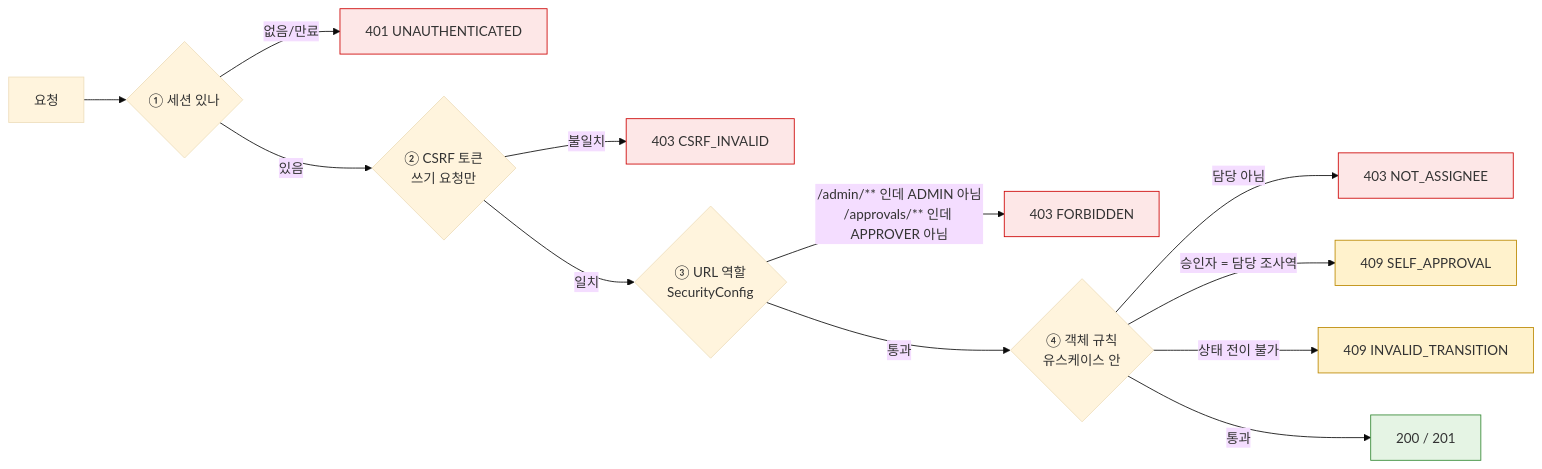
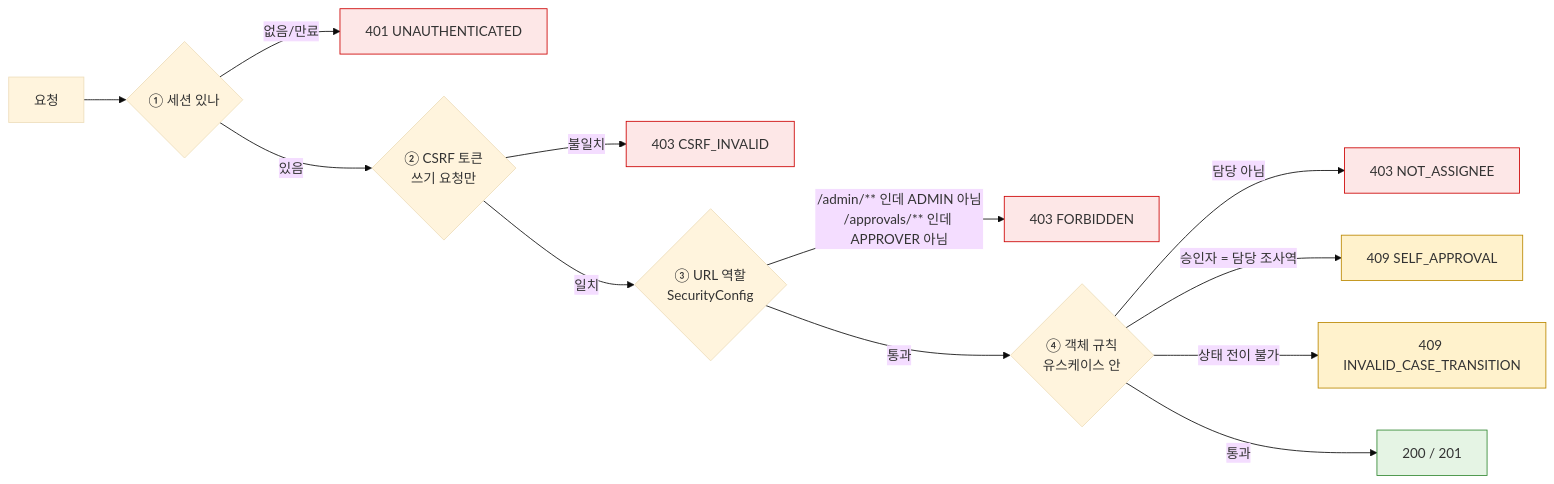
One commit to dajaba-team/dajaba-backend changed the second of 3 diagrams in docs/flows/05_login_auth.md. Above: the diagram before and after it, drawn with Mermaid (base theme). The commit also changed 4 other files, not shown here.

````diff
--- a/docs/flows/05_login_auth.md
+++ b/docs/flows/05_login_auth.md
@@ -53,22 +53,22 @@
 ```mermaid
 flowchart LR
     R[요청] --> A{① 세션 있나}
     A -- 없음/만료 --> E401[401 UNAUTHENTICATED]
     A -- 있음 --> B{② CSRF 토큰<br/>쓰기 요청만}
     B -- 불일치 --> E403c[403 CSRF_INVALID]
     B -- 일치 --> C{③ URL 역할<br/>SecurityConfig}
     C -- "/admin/** 인데 ADMIN 아님<br/>/approvals/** 인데 APPROVER 아님" --> E403[403 FORBIDDEN]
     C -- 통과 --> D{④ 객체 규칙<br/>유스케이스 안}
     D -- "담당 아님" --> E403a[403 NOT_ASSIGNEE]
     D -- "승인자 = 담당 조사역" --> E409s[409 SELF_APPROVAL]
-    D -- "상태 전이 불가" --> E409[409 INVALID_TRANSITION]
+    D -- "상태 전이 불가" --> E409[409 INVALID_CASE_TRANSITION]
     D -- 통과 --> OK[200 / 201]
 
     style E401 fill:#fde7e7,stroke:#c00
     style E403 fill:#fde7e7,stroke:#c00
     style E403c fill:#fde7e7,stroke:#c00
     style E403a fill:#fde7e7,stroke:#c00
     style E409 fill:#fff2cc,stroke:#b80
     style E409s fill:#fff2cc,stroke:#b80
     style OK fill:#e5f4e4,stroke:#383
 ```
````
